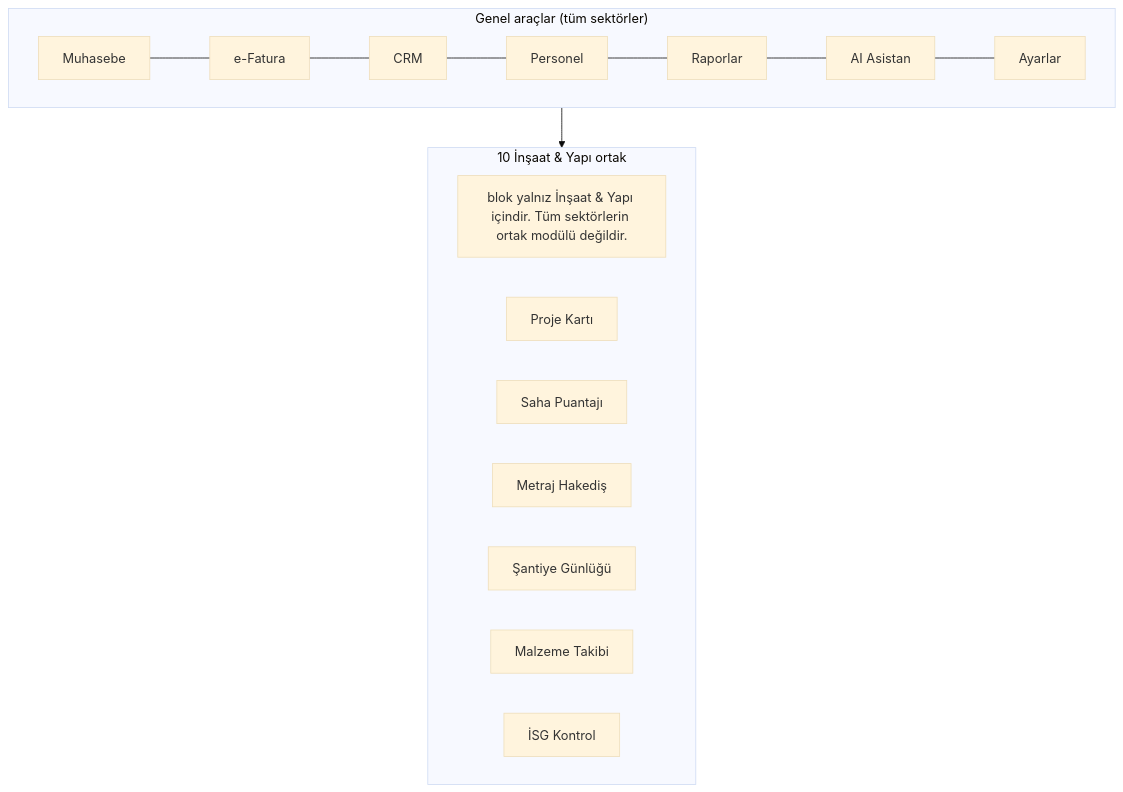
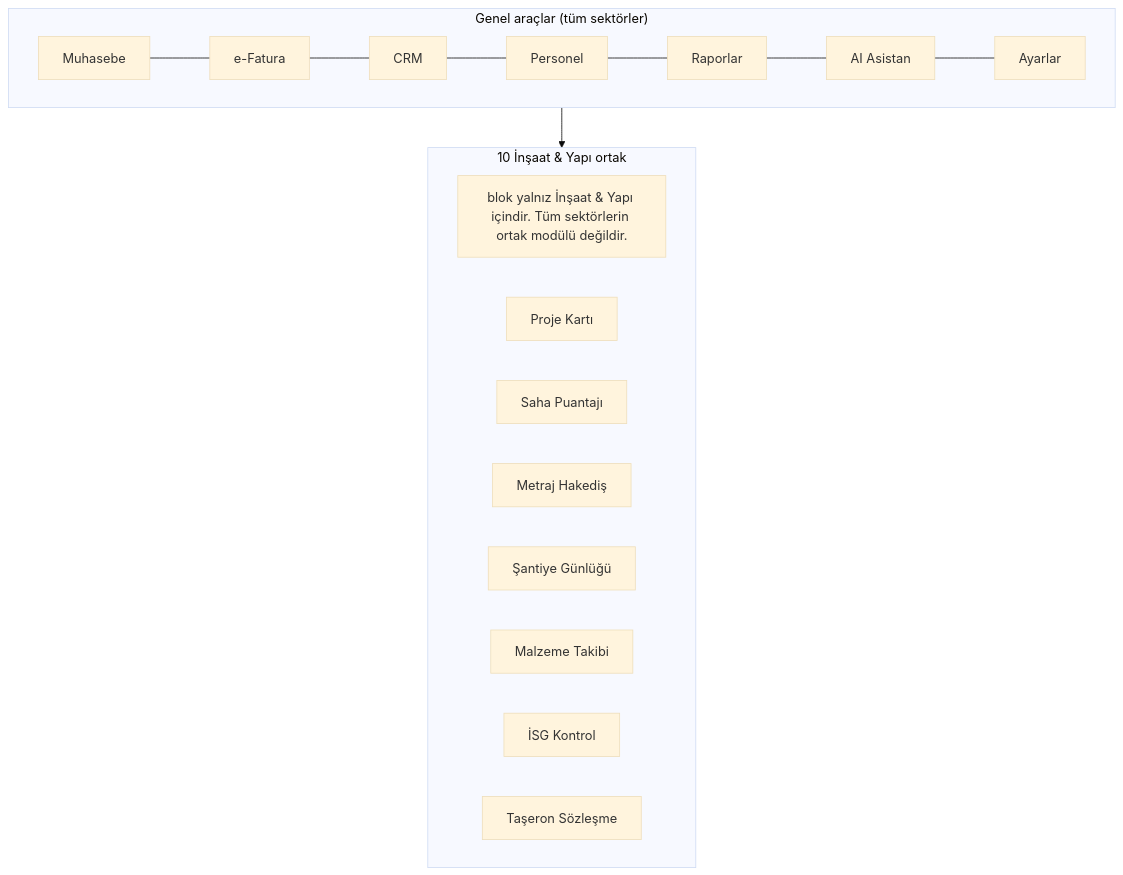
The second of 2 diagrams in 01 Sektörler/10 İnşaat & Yapı.md (sametkarabulut-dev/xfuturepos-v2), drawn with Mermaid (base theme) before and after one commit. The commit also changed other lines of this file and 5 other files, not shown here.

````diff
--- a/01 Sektörler/10 İnşaat & Yapı.md
+++ b/01 Sektörler/10 İnşaat & Yapı.md
@@ -67,16 +70,17 @@
 ```mermaid
 flowchart TB
   subgraph GEN["Genel araçlar (tüm sektörler)"]
     G1[Muhasebe] --- G2[e-Fatura] --- G3[CRM] --- G4[Personel] --- G5[Raporlar] --- G6[AI Asistan] --- G7[Ayarlar]
   end
   subgraph OZEL["10 İnşaat & Yapı ortak"]
     O1[blok yalnız İnşaat & Yapı içindir. Tüm sektörlerin ortak modülü değildir.]
     O2[Proje Kartı]
     O3[Saha Puantajı]
     O4[Metraj Hakediş]
     O5[Şantiye Günlüğü]
     O6[Malzeme Takibi]
     O7[İSG Kontrol]
+    O8[Taşeron Sözleşme]
   end
   GEN --> OZEL
 ```
````
